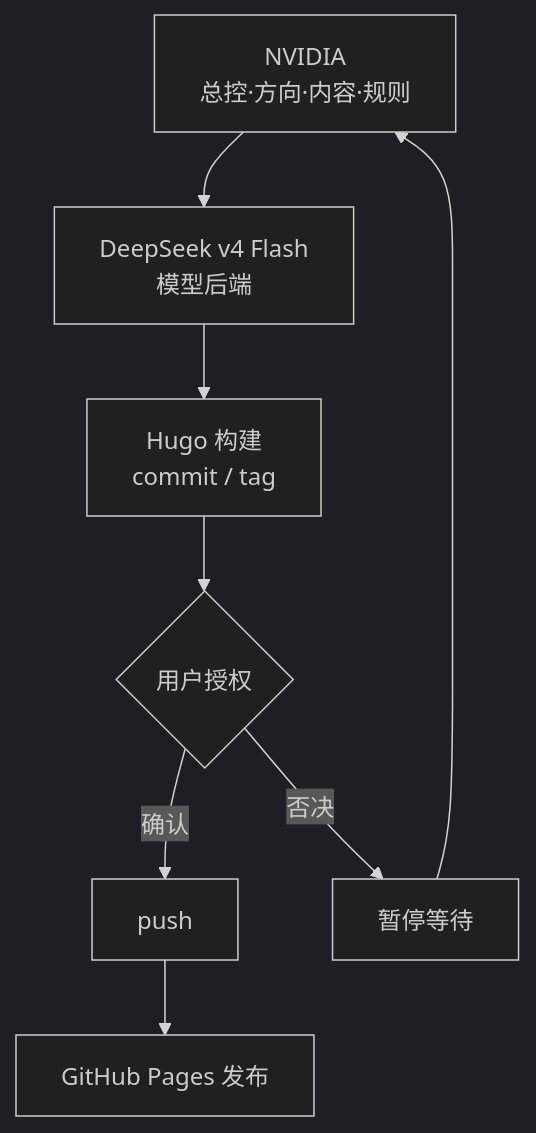
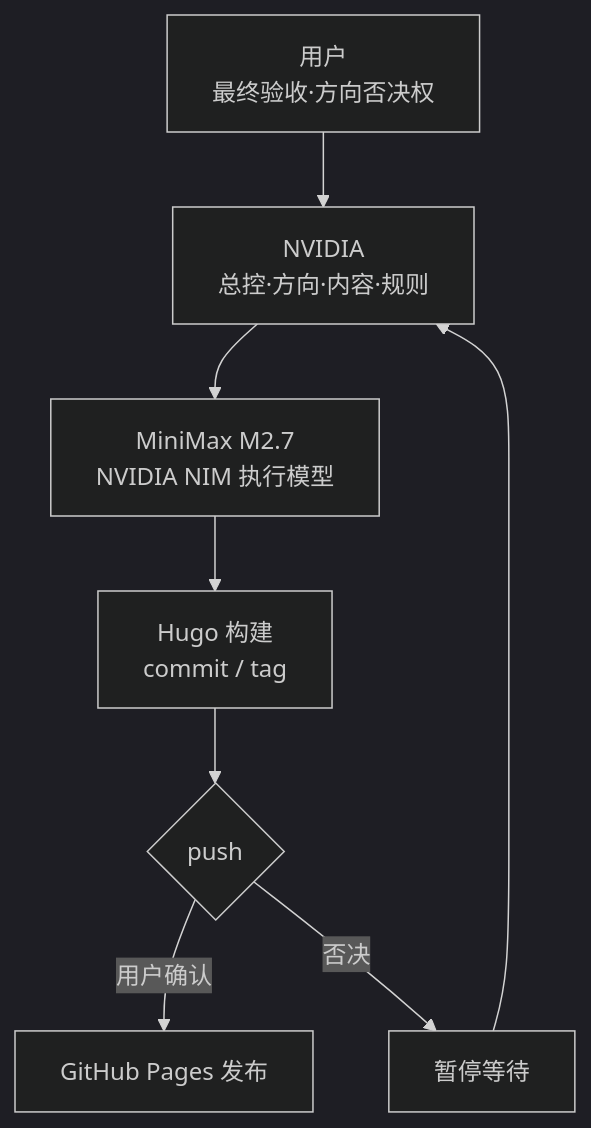
One commit to angelife/angelife.github.com changed the diagram in hugo-site/content/about/index.md. Above: the diagram before and after it, drawn with Mermaid (dark theme). The commit also changed other lines of this file, not shown here.

````diff
--- a/hugo-site/content/about/index.md
+++ b/hugo-site/content/about/index.md
@@ -59,10 +64,10 @@
 ```mermaid
 flowchart TD
-    A[NVIDIA<br/>总控·方向·内容·规则] --> B[DeepSeek v4 Flash<br/>模型后端]
-    B --> C[Hugo 构建<br/>commit / tag]
-    C --> D{用户授权}
-    D -->|确认| E[push]
-    E --> F[GitHub Pages 发布]
-    D -->|否决| G[暂停等待]
-    G --> A
+    U[用户<br/>最终验收·方向否决权] --> N[NVIDIA<br/>总控·方向·内容·规则]
+    N --> M[MiniMax M2.7<br/>NVIDIA NIM 执行模型]
+    M --> H[Hugo 构建<br/>commit / tag]
+    H --> P{push}
+    P -->|用户确认| G[GitHub Pages 发布]
+    P -->|否决| W[暂停等待]
+    W --> N
 ```
````
